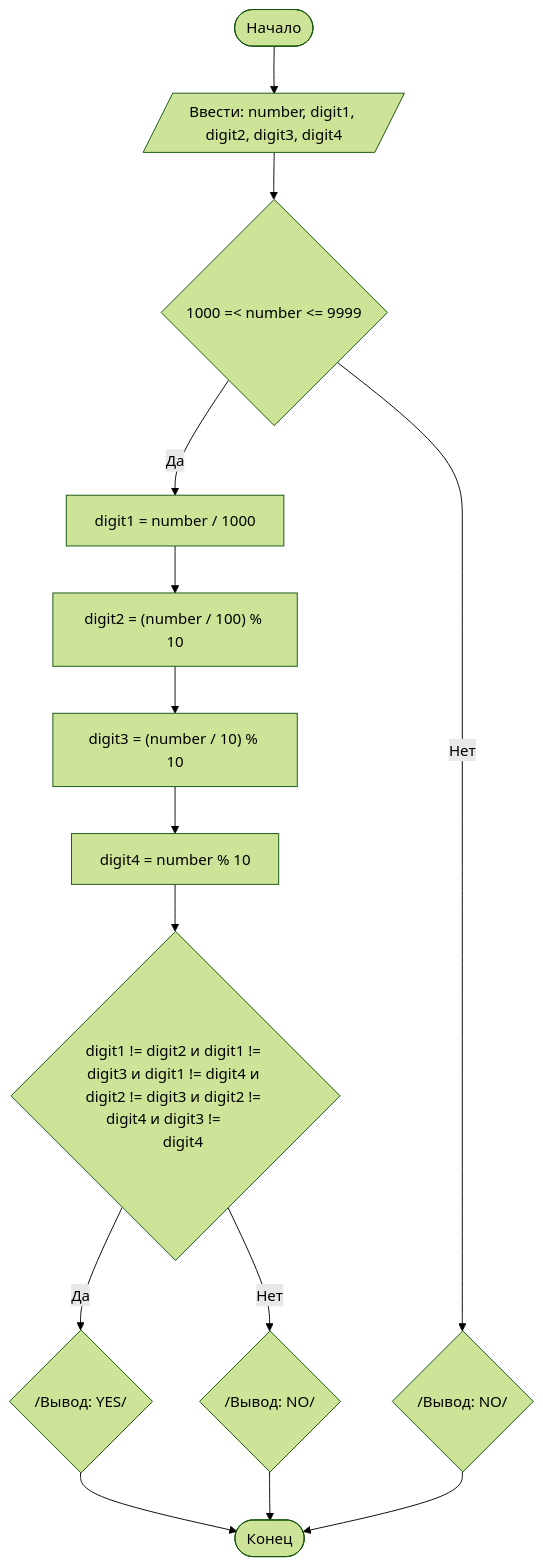
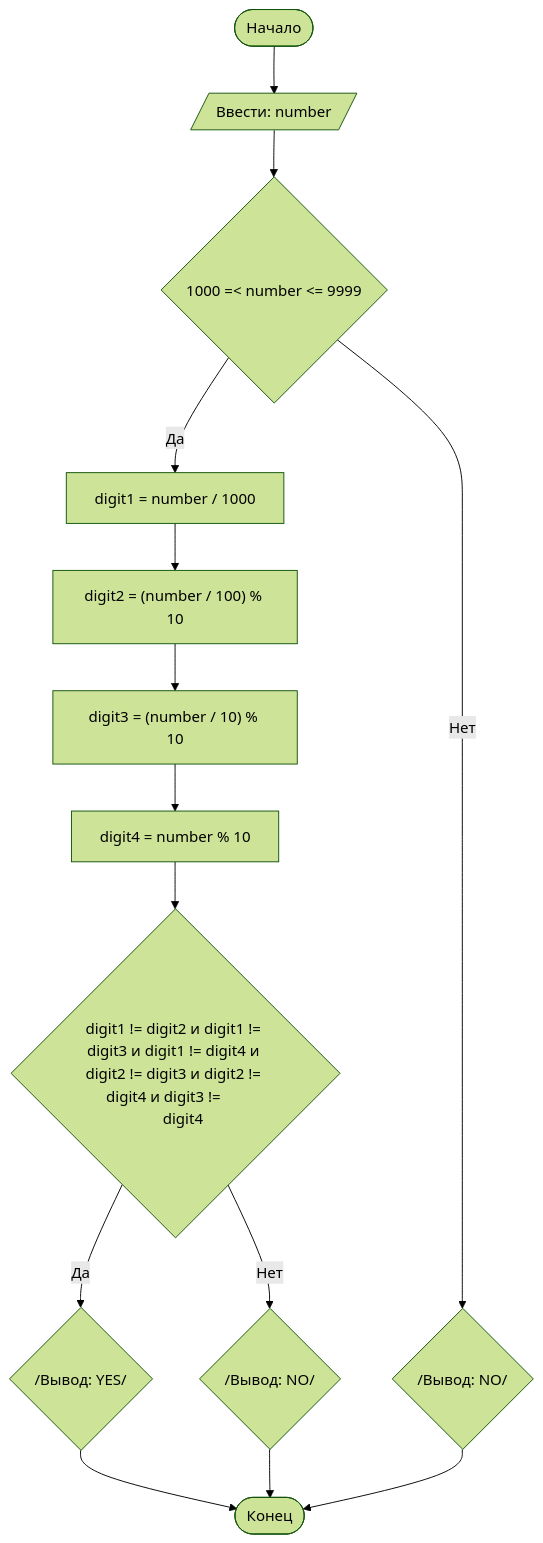
The diagram in README.md (Vladislav3108/Lab27), drawn with Mermaid (forest theme) before and after one commit. The commit also changed other lines of this file, not shown here.

````diff
--- a/README.md
+++ b/README.md
@@ -82,18 +82,18 @@
 ```mermaid
 graph TD
-    A([Начало]) --> B[/Ввести: number, digit1, digit2, digit3, digit4/]
+    A([Начало]) --> B[/Ввести: number/]
     B --> C{1000 =< number <= 9999}
     C -- Нет --> D{/Вывод: NO/}
     C -- Да --> I[digit1 = number / 1000]
     I --> J["digit2 = (number / 100) % 10"]
     J --> K["digit3 = (number / 10) % 10"]
     K --> L["digit4 = number % 10"]
     L --> F{digit1 != digit2 и digit1 != digit3 и digit1 != digit4 и digit2 != digit3 и digit2 != digit4 и digit3 !=      
     digit4}
     F -- Да --> G{/Вывод: YES/}
     F -- Нет --> H{/Вывод: NO/}
     G --> Z
     H --> Z
     D --> Z([Конец])
 
 ```
````
